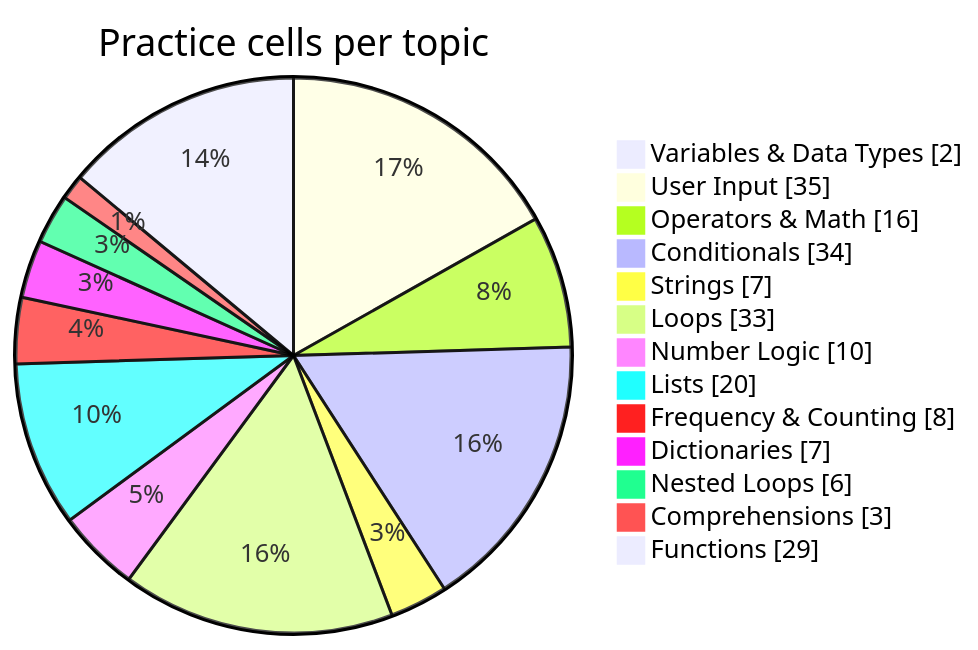
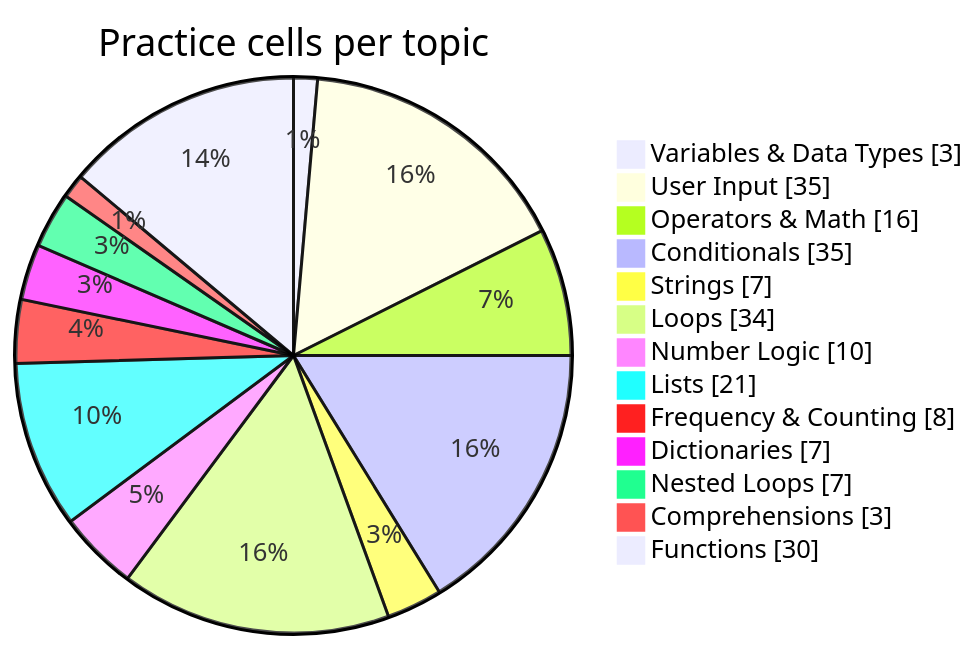
The diagram in README.md (Phantom2101/Python-Daily-Practice), drawn with Mermaid before and after one commit. The commit also changed other lines of this file, not shown here.

````diff
--- a/README.md
+++ b/README.md
@@ -60,16 +60,16 @@
 ```mermaid
 pie showData title Practice cells per topic
-    "Variables & Data Types" : 2
+    "Variables & Data Types" : 3
     "User Input" : 35
     "Operators & Math" : 16
-    "Conditionals" : 34
+    "Conditionals" : 35
     "Strings" : 7
-    "Loops" : 33
+    "Loops" : 34
     "Number Logic" : 10
-    "Lists" : 20
+    "Lists" : 21
     "Frequency & Counting" : 8
     "Dictionaries" : 7
-    "Nested Loops" : 6
+    "Nested Loops" : 7
     "Comprehensions" : 3
-    "Functions" : 29
+    "Functions" : 30
 ```
````
